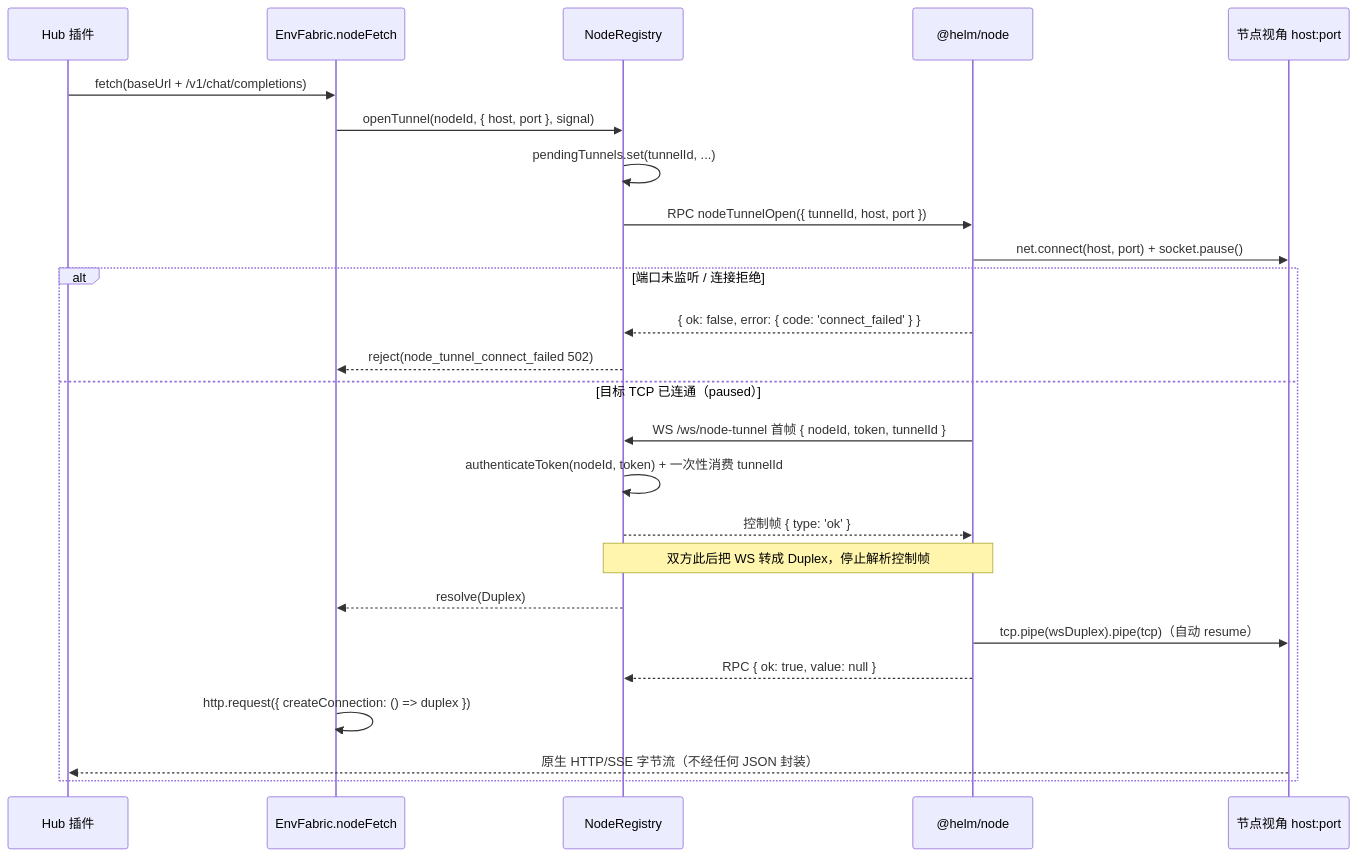
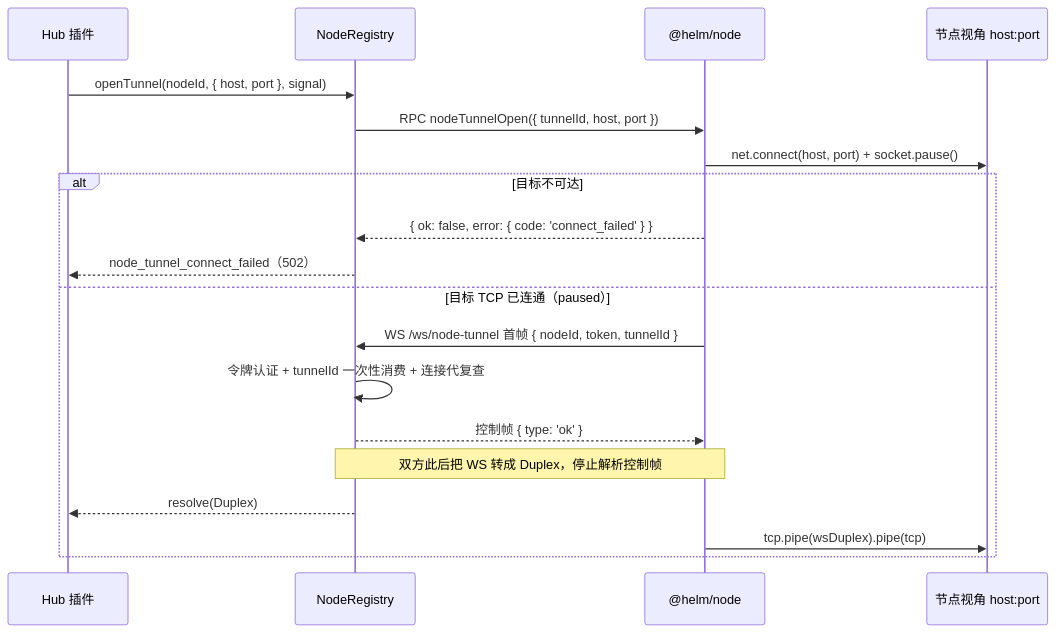
Before and after one commit to team4u/helm: the third of 4 diagrams in docs/architecture/envfabric.md, drawn with Mermaid. The commit also changed other lines of this file and 6 other files, not shown here.

````diff
--- a/docs/architecture/envfabric.md
+++ b/docs/architecture/envfabric.md
@@ -169,28 +127,22 @@
 ```mermaid
 sequenceDiagram
     participant Caller as Hub 插件
-    participant Bridge as EnvFabric.nodeFetch
     participant Registry as NodeRegistry
     participant Daemon as @helm/node
     participant Target as 节点视角 host:port
 
-    Caller->>Bridge: fetch(baseUrl + /v1/chat/completions)
-    Bridge->>Registry: openTunnel(nodeId, { host, port }, signal)
-    Registry->>Registry: pendingTunnels.set(tunnelId, ...)
+    Caller->>Registry: openTunnel(nodeId, { host, port }, signal)
     Registry->>Daemon: RPC nodeTunnelOpen({ tunnelId, host, port })
     Daemon->>Target: net.connect(host, port) + socket.pause()
-    alt 端口未监听 / 连接拒绝
+    alt 目标不可达
         Daemon-->>Registry: { ok: false, error: { code: 'connect_failed' } }
-        Registry-->>Bridge: reject(node_tunnel_connect_failed 502)
+        Registry-->>Caller: node_tunnel_connect_failed（502）
     else 目标 TCP 已连通（paused）
         Daemon->>Registry: WS /ws/node-tunnel 首帧 { nodeId, token, tunnelId }
-        Registry->>Registry: authenticateToken(nodeId, token) + 一次性消费 tunnelId
+        Registry->>Registry: 令牌认证 + tunnelId 一次性消费 + 连接代复查
         Registry-->>Daemon: 控制帧 { type: 'ok' }
         Note over Registry,Daemon: 双方此后把 WS 转成 Duplex，停止解析控制帧
-        Registry-->>Bridge: resolve(Duplex)
-        Daemon->>Target: tcp.pipe(wsDuplex).pipe(tcp)（自动 resume）
-        Daemon-->>Registry: RPC { ok: true, value: null }
-        Bridge->>Bridge: http.request({ createConnection: () => duplex })
-        Target-->>Caller: 原生 HTTP/SSE 字节流（不经任何 JSON 封装）
+        Registry-->>Caller: resolve(Duplex)
+        Daemon->>Target: tcp.pipe(wsDuplex).pipe(tcp)
     end
 ```
````
